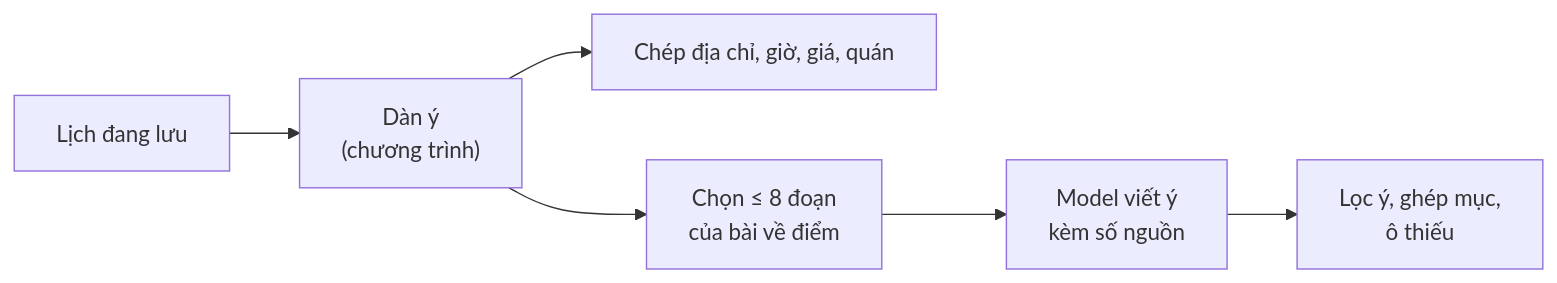
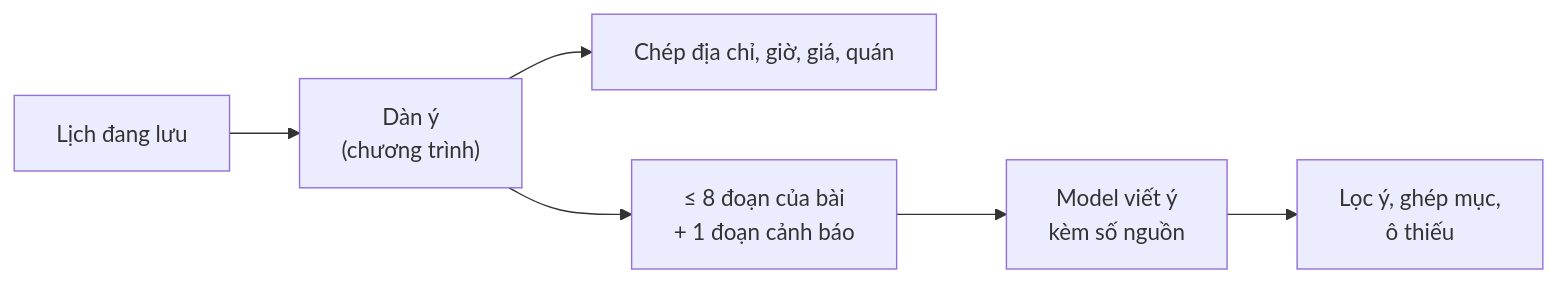
One commit to Sunny-sunnyy/chatbot-hue changed the diagram in bai_hoc/giao_trinh/43_SO_TAY_CHUYEN_DI.md. Above: the diagram before and after it, drawn with Mermaid. The commit also changed other lines of this file, not shown here.

````diff
--- a/bai_hoc/giao_trinh/43_SO_TAY_CHUYEN_DI.md
+++ b/bai_hoc/giao_trinh/43_SO_TAY_CHUYEN_DI.md
@@ -37,8 +35,8 @@
 ```mermaid
 flowchart LR
   L["Lịch đang lưu"] --> D["Dàn ý<br/>(chương trình)"]
   D --> C["Chép địa chỉ, giờ, giá, quán"]
-  D --> T["Chọn ≤ 8 đoạn<br/>của bài về điểm"]
+  D --> T["≤ 8 đoạn của bài<br/>+ 1 đoạn cảnh báo"]
   T --> M["Model viết ý<br/>kèm số nguồn"]
   M --> K["Lọc ý, ghép mục,<br/>ô thiếu"]
 ```
````
